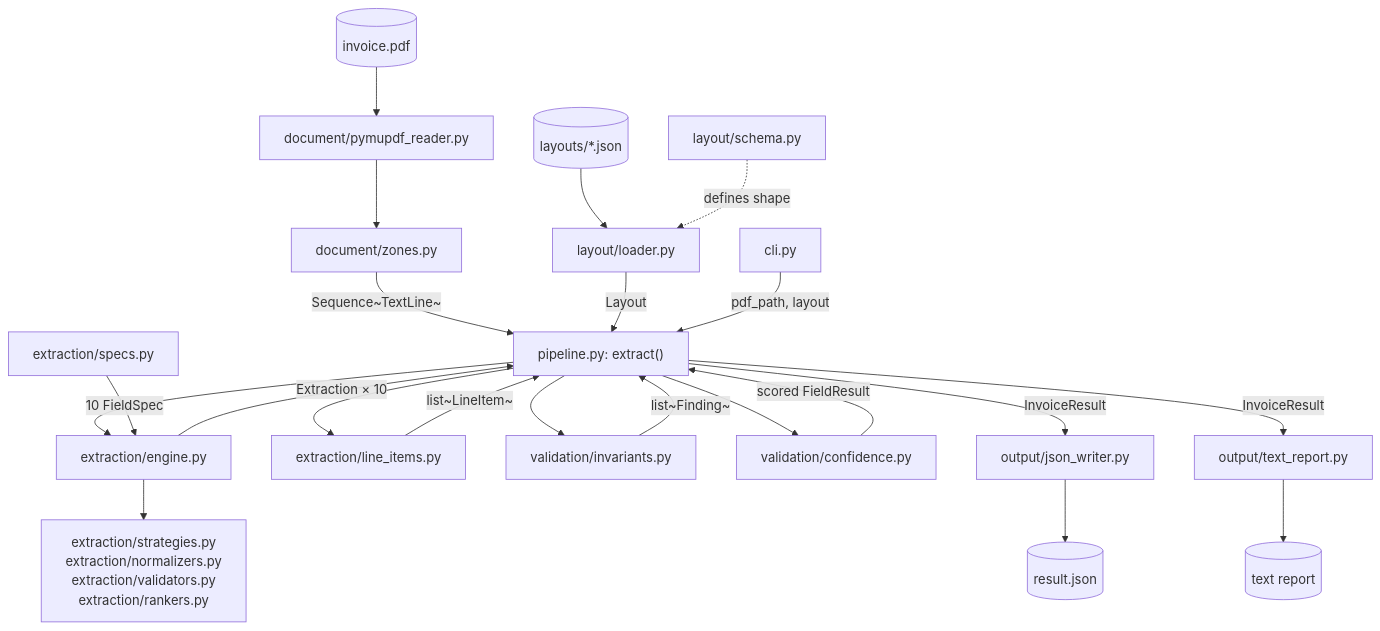
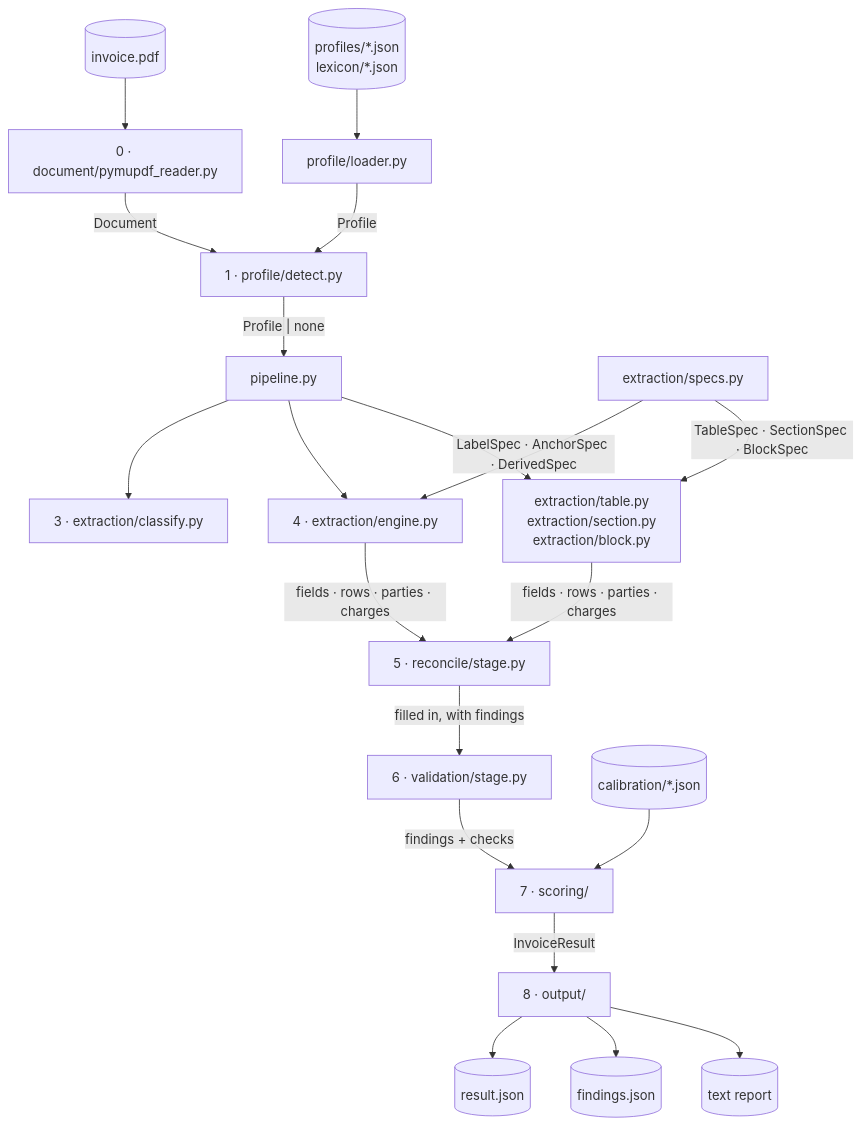
Before and after one commit to lorenzo265/Invoice_Extract: the first of 3 diagrams in docs/ARCHITECTURE.md, drawn with Mermaid. The commit also changed other lines of this file and 31 other files, not shown here.

````diff
--- a/docs/ARCHITECTURE.md
+++ b/docs/ARCHITECTURE.md
@@ -16,24 +38,21 @@
 ```mermaid
 flowchart TD
-    PDF[("invoice.pdf")] --> READER["document/pymupdf_reader.py"]
-    READER --> ZONES["document/zones.py"]
-    ZONES -->|"Sequence~TextLine~"| EXTRACT["pipeline.py: extract()"]
-    LJSON[("layouts/*.json")] --> LOADER["layout/loader.py"]
-    SCHEMA["layout/schema.py"] -.->|"defines shape"| LOADER
-    LOADER -->|"Layout"| EXTRACT
-    CLI["cli.py"] -->|"pdf_path, layout"| EXTRACT
-    EXTRACT --> ENGINE["extraction/engine.py"]
-    SPECS["extraction/specs.py"] -->|"10 FieldSpec"| ENGINE
-    ENGINE --> STRAT["extraction/strategies.py<br/>extraction/normalizers.py<br/>extraction/validators.py<br/>extraction/rankers.py"]
-    ENGINE -->|"Extraction × 10"| EXTRACT
-    EXTRACT --> LITEMS["extraction/line_items.py"]
-    LITEMS -->|"list~LineItem~"| EXTRACT
-    EXTRACT --> INV["validation/invariants.py"]
-    INV -->|"list~Finding~"| EXTRACT
-    EXTRACT --> CONF["validation/confidence.py"]
-    CONF -->|"scored FieldResult"| EXTRACT
-    EXTRACT -->|"InvoiceResult"| JSONW["output/json_writer.py"]
-    EXTRACT -->|"InvoiceResult"| TXT["output/text_report.py"]
-    JSONW --> OUT1[("result.json")]
-    TXT --> OUT2[("text report")]
+    PDF[("invoice.pdf")] --> READ["0 · document/pymupdf_reader.py"]
+    READ -->|"Document"| DETECT["1 · profile/detect.py"]
+    PROFILES[("profiles/*.json<br/>lexicon/*.json")] --> LOADER["profile/loader.py"]
+    LOADER -->|"Profile"| DETECT
+    DETECT -->|"Profile | none"| PIPE["pipeline.py"]
+    PIPE --> CLASSIFY["3 · extraction/classify.py"]
+    PIPE --> ENGINE["4 · extraction/engine.py"]
+    SPECS["extraction/specs.py"] -->|"LabelSpec · AnchorSpec · DerivedSpec"| ENGINE
+    SPECS -->|"TableSpec · SectionSpec · BlockSpec"| READERS["extraction/table.py<br/>extraction/section.py<br/>extraction/block.py"]
+    PIPE --> READERS
+    ENGINE & READERS -->|"fields · rows · parties · charges"| RECONCILE["5 · reconcile/stage.py"]
+    RECONCILE -->|"filled in, with findings"| VALIDATE["6 · validation/stage.py"]
+    VALIDATE -->|"findings + checks"| SCORE["7 · scoring/"]
+    CAL[("calibration/*.json")] --> SCORE
+    SCORE -->|"InvoiceResult"| EMIT["8 · output/"]
+    EMIT --> OUT1[("result.json")]
+    EMIT --> OUT2[("findings.json")]
+    EMIT --> OUT3[("text report")]
 ```
````
